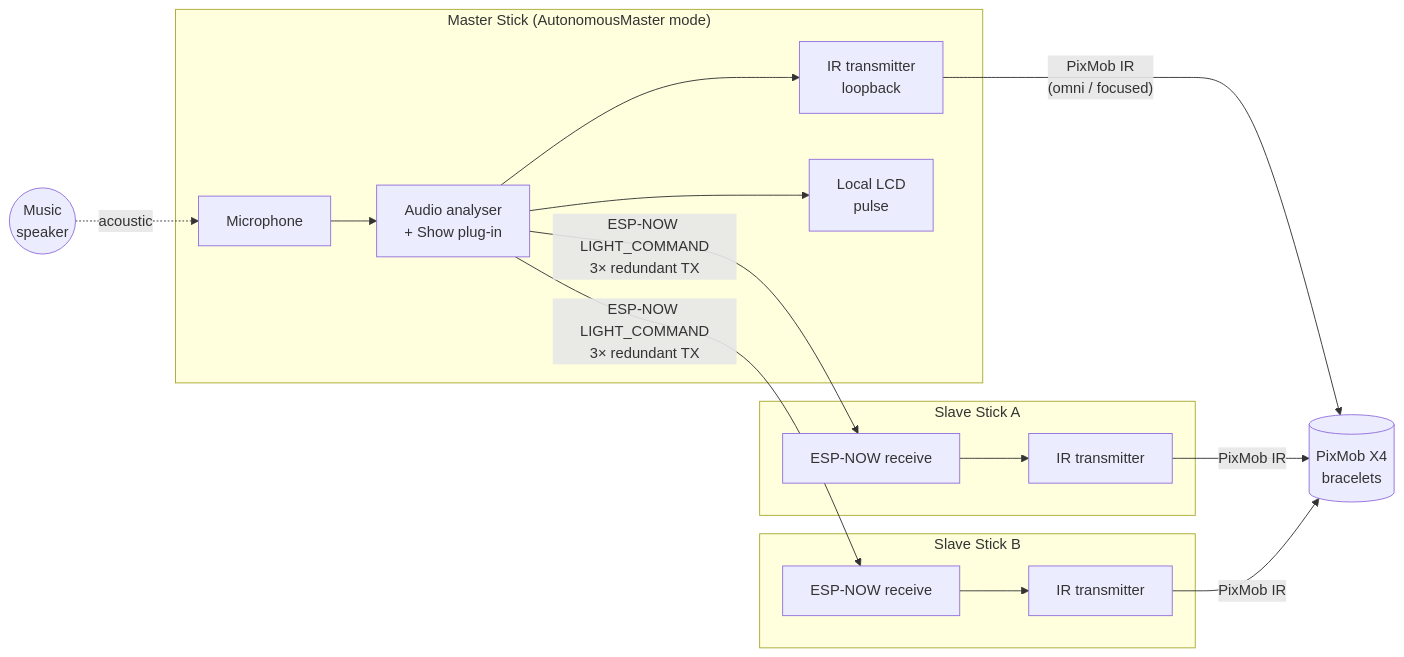
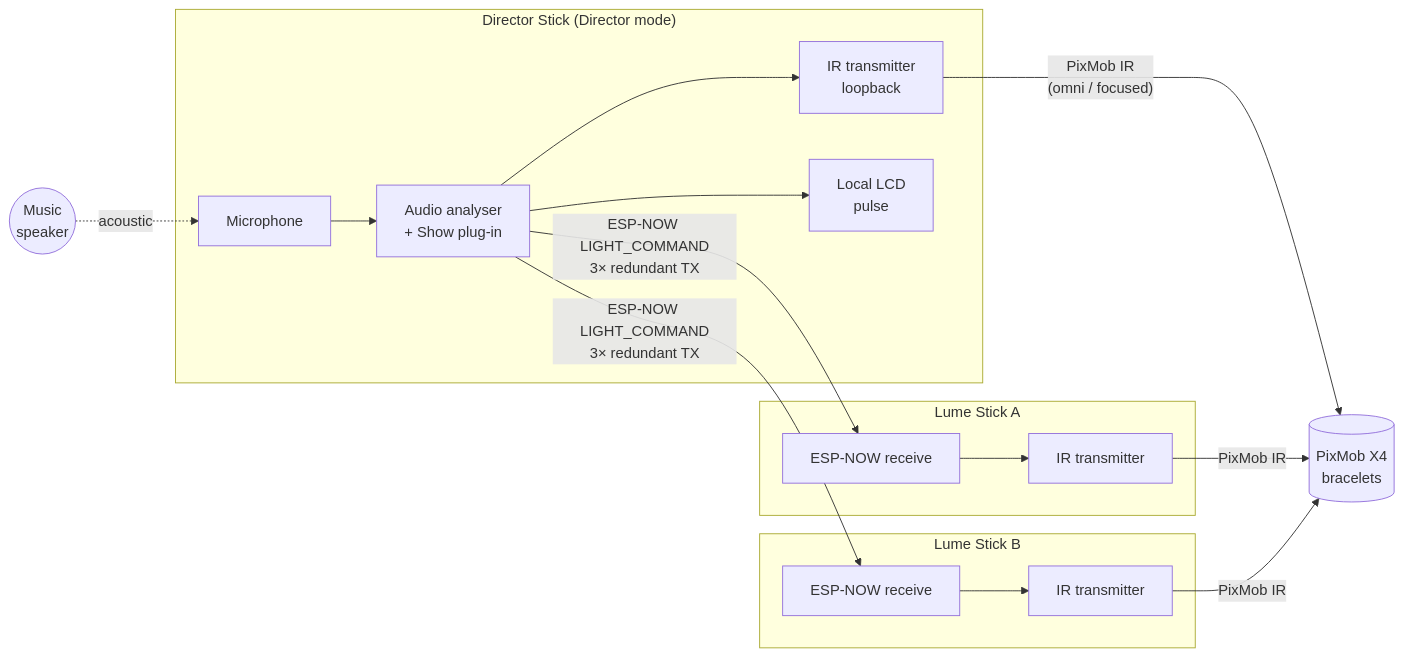
The first of 8 diagrams in docs/manuals/flow-diagrams.md (ratcliffej/nocturnation-stickc), drawn with Mermaid before and after one commit. The commit also changed other lines of this file and 14 other files, not shown here.

First line of the commit message:
Block 6: repo documentation aligned with Director/Lume

````diff
--- a/docs/manuals/flow-diagrams.md
+++ b/docs/manuals/flow-diagrams.md
@@ -33,36 +33,36 @@
 ```mermaid
 flowchart LR
     Audio((Music<br/>speaker))
 
-    subgraph Master["Master Stick (AutonomousMaster mode)"]
+    subgraph Director["Director Stick (Director mode)"]
         MMic[Microphone]
         MAnalyser[Audio analyser<br/>+ Show plug-in]
         MIR[IR transmitter<br/>loopback]
         MLCD[Local LCD<br/>pulse]
         MMic --> MAnalyser
         MAnalyser --> MIR
         MAnalyser --> MLCD
     end
 
-    subgraph Slave1["Slave Stick A"]
+    subgraph Slave1["Lume Stick A"]
         S1Recv[ESP-NOW receive]
         S1IR[IR transmitter]
         S1Recv --> S1IR
     end
 
-    subgraph Slave2["Slave Stick B"]
+    subgraph Slave2["Lume Stick B"]
         S2Recv[ESP-NOW receive]
         S2IR[IR transmitter]
         S2Recv --> S2IR
     end
 
     Bracelets[(PixMob X4<br/>bracelets)]
 
     Audio -. acoustic .-> MMic
     MAnalyser -- "ESP-NOW LIGHT_COMMAND<br/>3× redundant TX" --> S1Recv
     MAnalyser -- "ESP-NOW LIGHT_COMMAND<br/>3× redundant TX" --> S2Recv
 
     MIR -- "PixMob IR<br/>(omni / focused)" --> Bracelets
     S1IR -- "PixMob IR" --> Bracelets
     S2IR -- "PixMob IR" --> Bracelets
 ```
````
